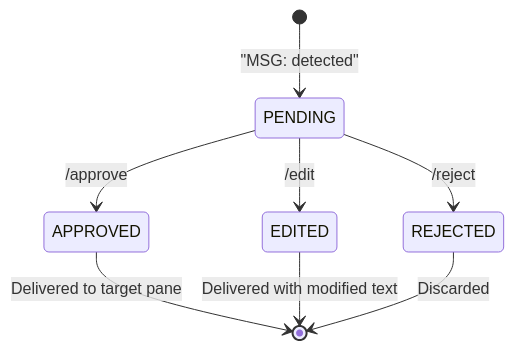
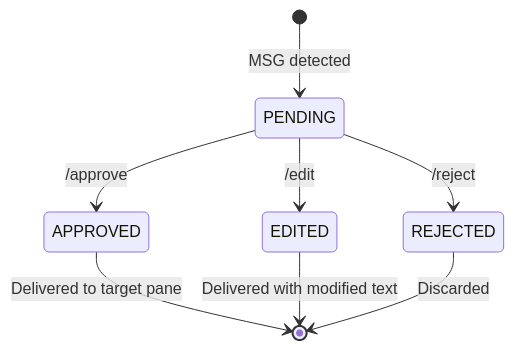
Before and after one commit to pingqLIN/terminal-bridge-v2: the second of 2 diagrams in README.md, drawn with Mermaid. The commit also changed other lines of this file and 1 other file, not shown here.

Commit message:
docs: fix Mermaid rendering errors in README files

````diff
--- a/README.md
+++ b/README.md
@@ -166,10 +166,10 @@
 ```mermaid
 stateDiagram-v2
-    [*] --> PENDING: "MSG: detected"
+    [*] --> PENDING: MSG detected
     PENDING --> APPROVED: /approve
     PENDING --> EDITED: /edit
     PENDING --> REJECTED: /reject
     APPROVED --> [*]: Delivered to target pane
     EDITED --> [*]: Delivered with modified text
     REJECTED --> [*]: Discarded
 ```
````
